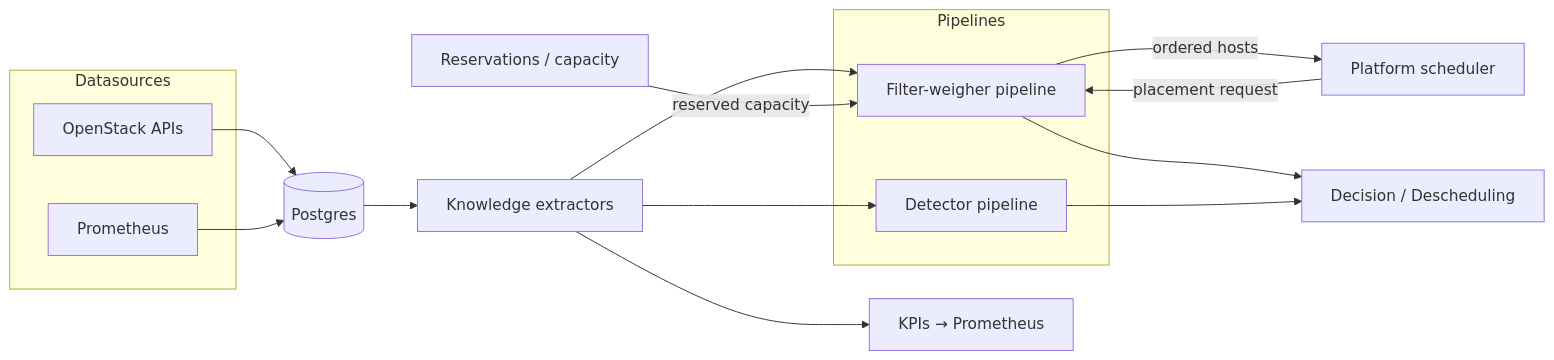
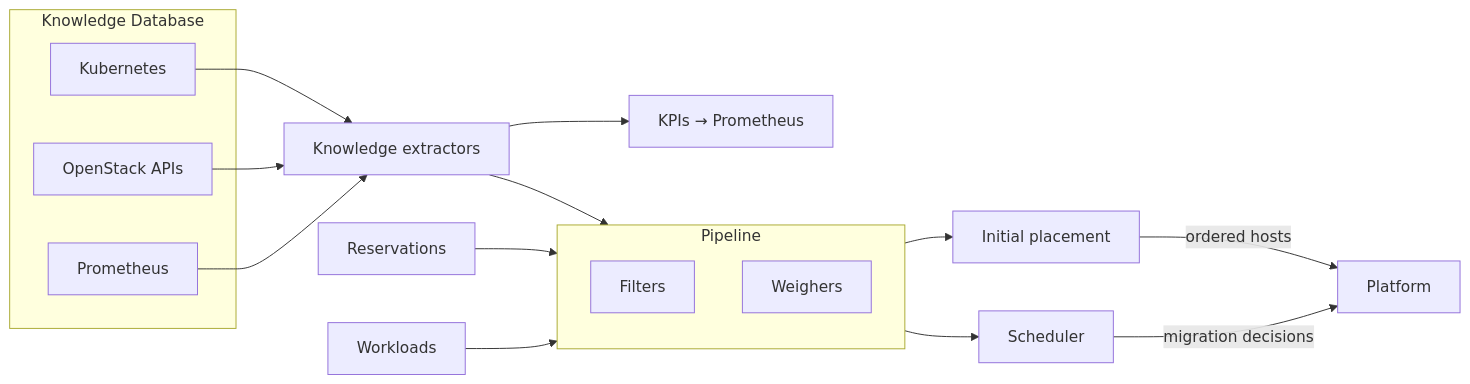
One commit to cobaltcore-dev/cortex changed the diagram in docs/01-getting-started/01-what-is-cortex.md. Above: the diagram before and after it, drawn with Mermaid. The commit also changed other lines of this file and 2 other files, not shown here.

````diff
--- a/docs/01-getting-started/01-what-is-cortex.md
+++ b/docs/01-getting-started/01-what-is-cortex.md
@@ -119,28 +83,30 @@
 ```mermaid
 flowchart LR
-    subgraph sources[Datasources]
+    subgraph DB[Knowledge Database]
+        K8S[Kubernetes]
         OS[OpenStack APIs]
         PM[Prometheus]
     end
-    DB[(Postgres)]
     K[Knowledge extractors]
-    subgraph pipe[Pipelines]
-        FW[Filter-weigher pipeline]
-        DET[Detector pipeline]
+    RES[Reservations]
+    WORK[Workloads]
+
+    subgraph PIPE[Pipeline]
+        F[Filters]
+        W[Weighers]
     end
-    RES[Reservations / capacity]
-    DEC[Decision / Descheduling]
-    PLAT[Platform scheduler]
 
-    OS --> DB
-    PM --> DB
-    DB --> K
-    K --> FW
-    K --> DET
-    RES -->|reserved capacity| FW
-    PLAT -->|placement request| FW
-    FW -->|ordered hosts| PLAT
-    FW --> DEC
-    DET --> DEC
+    IP[Initial placement]
+    SC[Scheduler]
+    PLAT[Platform]
+
+    K8S & OS & PM --> K
+    K --> PIPE
     K --> KPI[KPIs → Prometheus]
+    RES --> PIPE
+    WORK --> PIPE
+    PIPE --> IP
+    PIPE --> SC
+    IP -->|ordered hosts| PLAT
+    SC -->|migration decisions| PLAT
 ```
````
